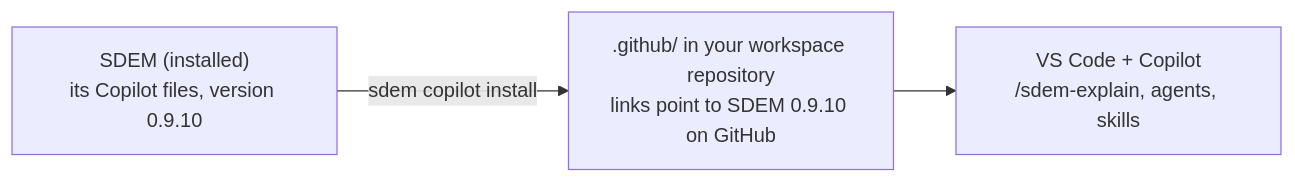
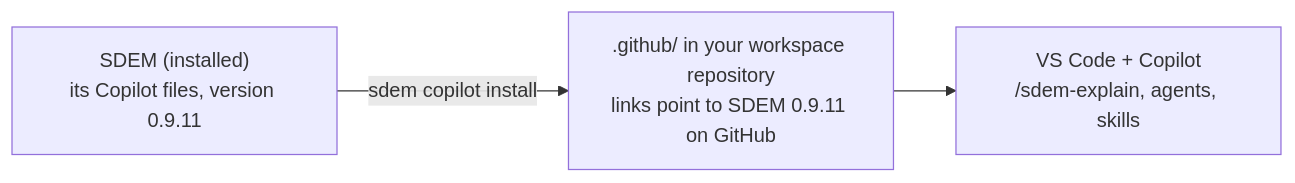
Before and after one commit to taumoeps/bian-sdem-framework: the diagram in docs/design/sdem-copilot-install-design.md, drawn with Mermaid. The commit also changed 23 other files, not shown here.

````diff
--- a/docs/design/sdem-copilot-install-design.md
+++ b/docs/design/sdem-copilot-install-design.md
@@ -18,5 +18,5 @@
 ```mermaid
 flowchart LR
-    S["SDEM (installed)<br/>its Copilot files, version 0.9.10"] -- "sdem copilot install" --> E[".github/ in your workspace repository<br/>links point to SDEM 0.9.10 on GitHub"]
+    S["SDEM (installed)<br/>its Copilot files, version 0.9.11"] -- "sdem copilot install" --> E[".github/ in your workspace repository<br/>links point to SDEM 0.9.11 on GitHub"]
     E --> V["VS Code + Copilot<br/>/sdem-explain, agents, skills"]
 ```
````
